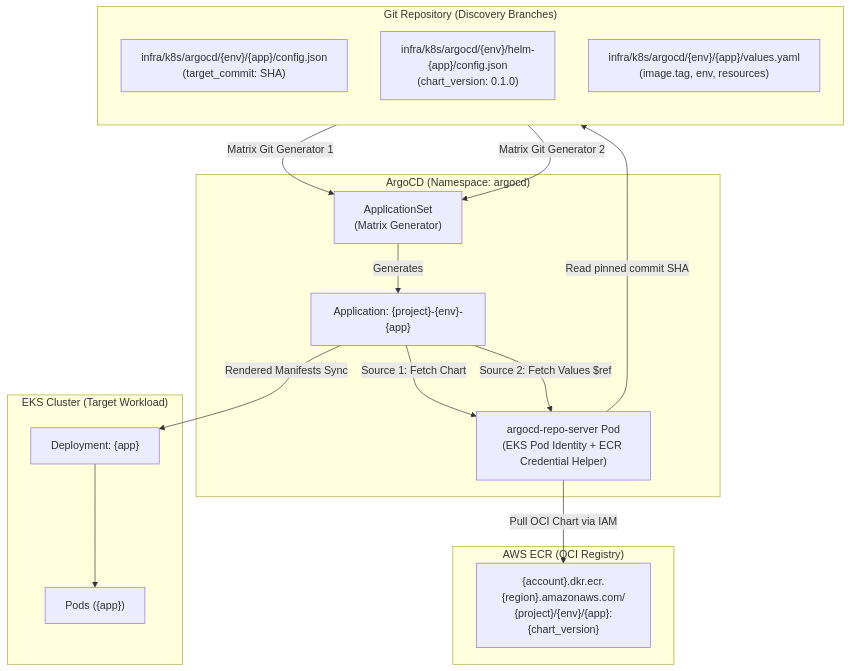
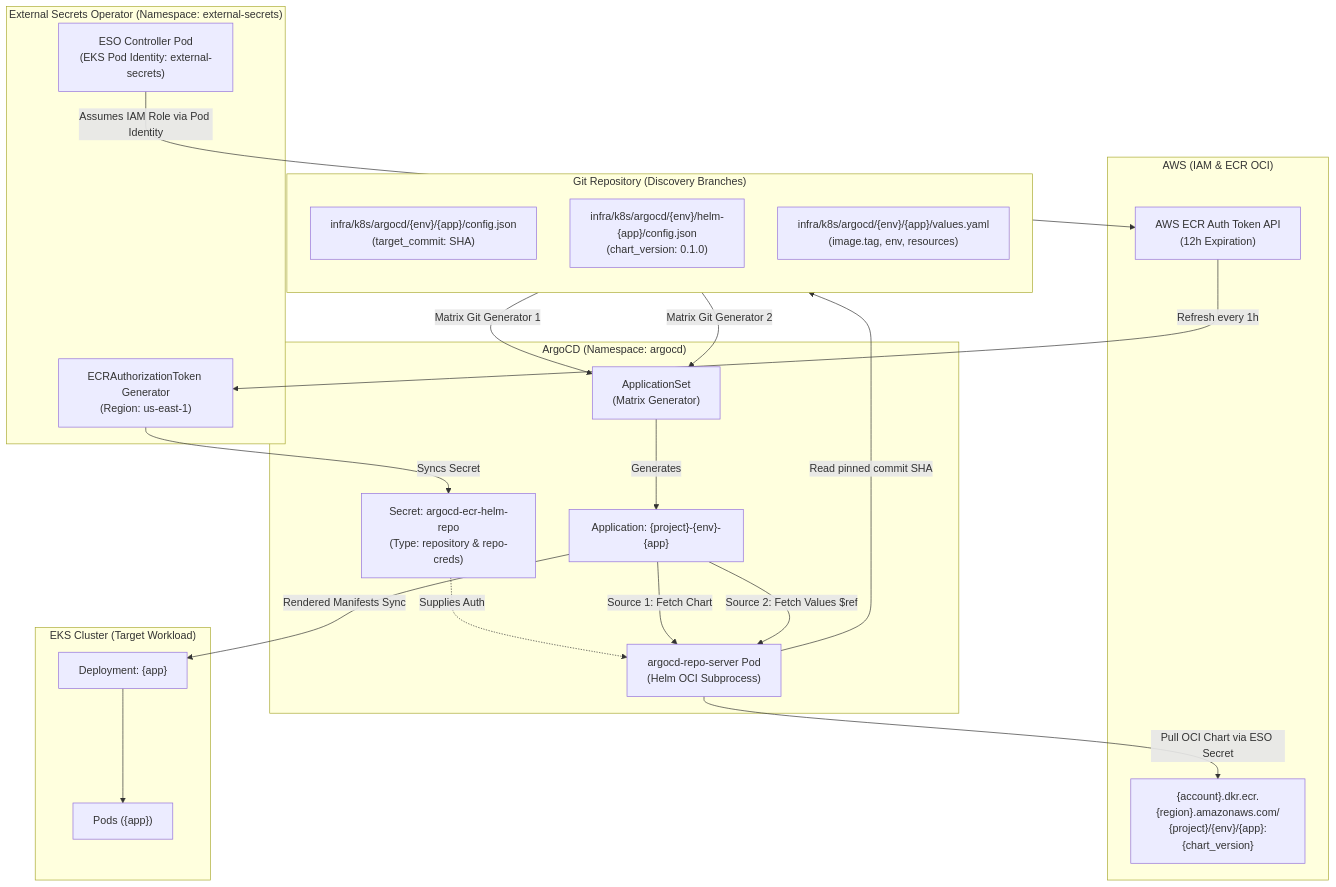
The first of 3 diagrams in docs/context/helm-gitops-multi-source-spec.md (parth9218/Document-Intelligence-Platform), drawn with Mermaid before and after one commit. The commit also changed other lines of this file and 6 other files, not shown here.

````diff
--- a/docs/context/helm-gitops-multi-source-spec.md
+++ b/docs/context/helm-gitops-multi-source-spec.md
@@ -26,36 +26,48 @@
 ```mermaid
 flowchart TD
     subgraph GitOps_Discovery ["Git Repository (Discovery Branches)"]
         direction TB
         AppConfig["infra/k8s/argocd/{env}/{app}/config.json<br/>(target_commit: SHA)"]
         HelmConfig["infra/k8s/argocd/{env}/helm-{app}/config.json<br/>(chart_version: 0.1.0)"]
         AppValues["infra/k8s/argocd/{env}/{app}/values.yaml<br/>(image.tag, env, resources)"]
     end
 
-    subgraph AWS_ECR ["AWS ECR (OCI Registry)"]
+    subgraph AWS_IAM_ECR ["AWS (IAM & ECR OCI)"]
         ECRChart["{account}.dkr.ecr.{region}.amazonaws.com/<br/>{project}/{env}/{app}:{chart_version}"]
+        ECRToken["AWS ECR Auth Token API<br/>(12h Expiration)"]
+    end
+
+    subgraph ESO_Engine ["External Secrets Operator (Namespace: external-secrets)"]
+        ESOPod["ESO Controller Pod<br/>(EKS Pod Identity: external-secrets)"]
+        Generator["ECRAuthorizationToken Generator<br/>(Region: us-east-1)"]
     end
 
     subgraph ArgoCD_Engine ["ArgoCD (Namespace: argocd)"]
         AppSet["ApplicationSet<br/>(Matrix Generator)"]
-        RepoServer["argocd-repo-server Pod<br/>(EKS Pod Identity + ECR Credential Helper)"]
+        RepoSecret["Secret: argocd-ecr-helm-repo<br/>(Type: repository & repo-creds)"]
+        RepoServer["argocd-repo-server Pod<br/>(Helm OCI Subprocess)"]
         WorkloadApp["Application: {project}-{env}-{app}"]
     end
 
     subgraph Kubernetes_Cluster ["EKS Cluster (Target Workload)"]
         Deployment["Deployment: {app}"]
         Pod["Pods ({app})"]
     end
 
+    ESOPod -->|Assumes IAM Role via Pod Identity| ECRToken
+    ECRToken -->|Refresh every 1h| Generator
+    Generator -->|Syncs Secret| RepoSecret
+    RepoSecret -.->|Supplies Auth| RepoServer
+
     AppConfig -->|Matrix Git Generator 1| AppSet
     HelmConfig -->|Matrix Git Generator 2| AppSet
     AppSet -->|Generates| WorkloadApp
 
     WorkloadApp -->|Source 1: Fetch Chart| RepoServer
     WorkloadApp -->|Source 2: Fetch Values $ref| RepoServer
-    RepoServer -->|Pull OCI Chart via IAM| ECRChart
+    RepoServer -->|Pull OCI Chart via ESO Secret| ECRChart
     RepoServer -->|Read pinned commit SHA| AppValues
 
     WorkloadApp -->|Rendered Manifests Sync| Deployment
     Deployment --> Pod
 ```
````
